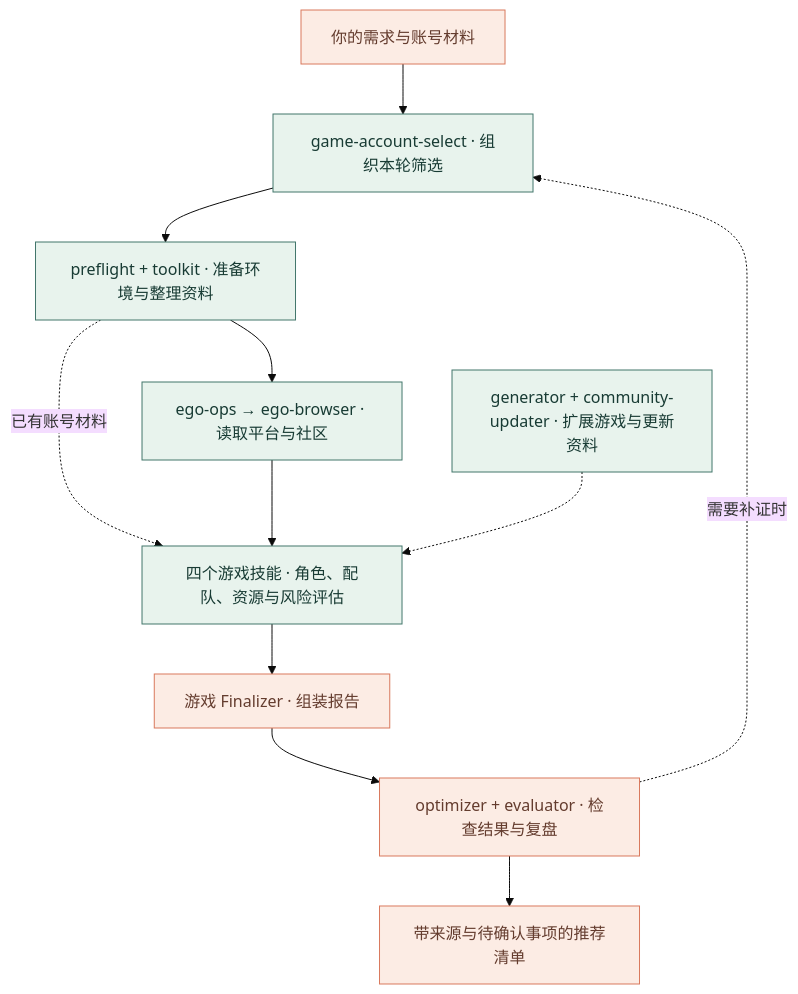
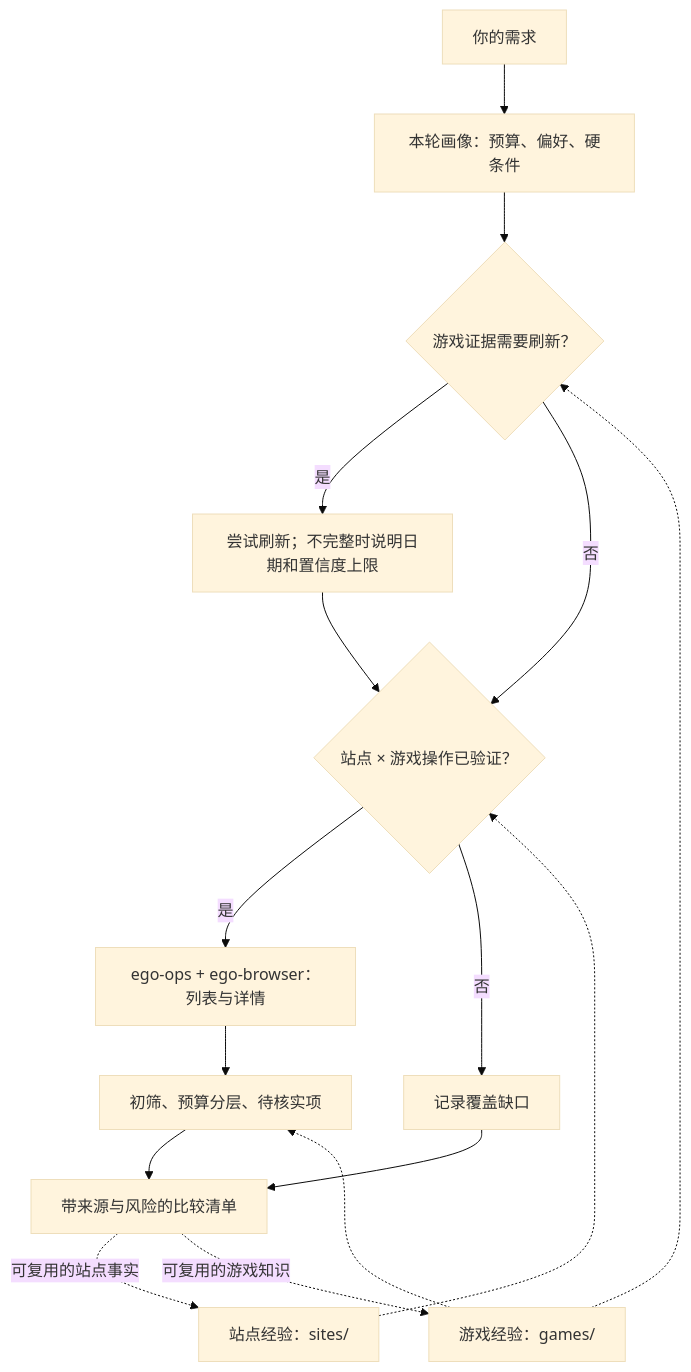
Before and after one commit to PointMountain/game-account-select: the second of 2 diagrams in README.md, drawn with Mermaid (base theme). The commit also changed other lines of this file and 318 other files, not shown here.

First line of the commit message:
refactor: merge into single game-account-select skill (#30)

````diff
--- a/README.md
+++ b/README.md
@@ -185,17 +131,18 @@
 ```mermaid
 flowchart TD
-    Request["你的需求与账号材料"] --> Select["game-account-select · 组织本轮筛选"]
-    Select --> Runtime["preflight + toolkit · 准备环境与整理资料"]
-    Runtime --> Browser["ego-ops → ego-browser · 读取平台与社区"]
-    Runtime -. "已有账号材料" .-> Games
-    Browser --> Games["四个游戏技能 · 角色、配队、资源与风险评估"]
-    Extend["generator + community-updater · 扩展游戏与更新资料"] -.-> Games
-    Games --> Finalizer["游戏 Finalizer · 组装报告"]
-    Finalizer --> Review["optimizer + evaluator · 检查结果与复盘"]
-    Review --> Report["带来源与待确认事项的推荐清单"]
-    Review -. "需要补证时" .-> Select
-    classDef mint fill:#e8f3ed,stroke:#42766b,color:#183b34
-    classDef coral fill:#fcece4,stroke:#d9795d,color:#643c2e
-    class Select,Runtime,Browser,Games,Extend mint
-    class Request,Finalizer,Review,Report coral
+    Request["你的需求"] --> Profile["本轮画像：预算、偏好、硬条件"]
+    Profile --> Freshness{"游戏证据需要刷新？"}
+    Freshness -- "是" --> Refresh["尝试刷新；不完整时说明日期和置信度上限"]
+    Freshness -- "否" --> Coverage
+    Refresh --> Coverage{"站点 × 游戏操作已验证？"}
+    Coverage -- "是" --> Query["ego-ops + ego-browser：列表与详情"]
+    Coverage -- "否" --> Gap["记录覆盖缺口"]
+    Sites["站点经验：sites/" ] -.-> Coverage
+    Games["游戏经验：games/" ] -.-> Freshness
+    Games -.-> Shortlist
+    Query --> Shortlist["初筛、预算分层、待核实项"]
+    Shortlist --> Report["带来源与风险的比较清单"]
+    Gap --> Report
+    Report -. "可复用的站点事实" .-> Sites
+    Report -. "可复用的游戏知识" .-> Games
 ```
````
